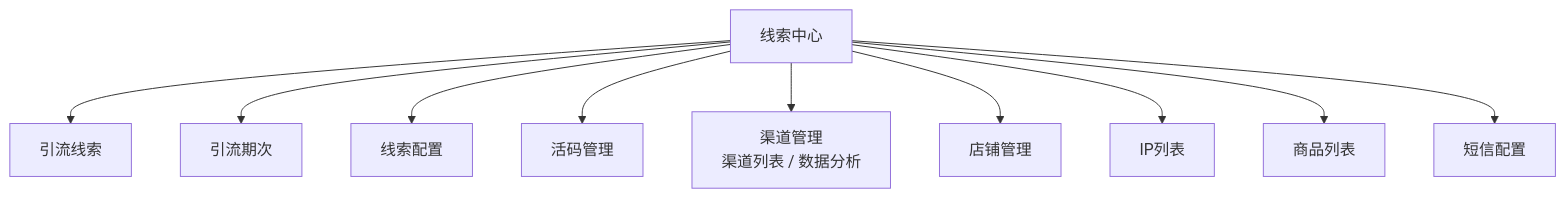
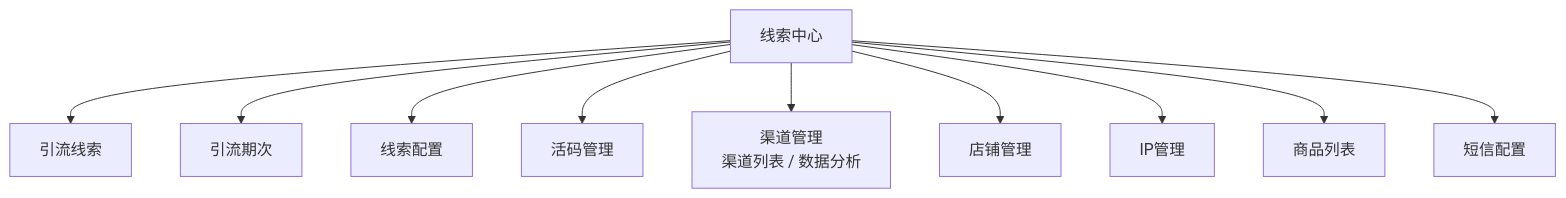
One commit to freya-pr/heshu-boss-demo changed the first of 9 diagrams in docs/product/合数BOSS V1.0线索中心需求文档.md. Above: the diagram before and after it, drawn with Mermaid. The commit also changed other lines of this file and 26 other files, not shown here.

````diff
--- a/docs/product/合数BOSS V1.0线索中心需求文档.md
+++ b/docs/product/合数BOSS V1.0线索中心需求文档.md
@@ -46,12 +50,12 @@
 ```mermaid
 flowchart TD
     LEAD["线索中心"] --> L1["引流线索"]
     LEAD --> PERIOD["引流期次"]
     LEAD --> LC["线索配置"]
     LEAD --> QR["活码管理"]
     LEAD --> CH["渠道管理<br/>渠道列表 / 数据分析"]
     LEAD --> SHOP["店铺管理"]
-    LEAD --> IP["IP列表"]
+    LEAD --> IP["IP管理"]
     LEAD --> PRODUCT["商品列表"]
     LEAD --> SMS_CONFIG["短信配置"]
 ```
````
